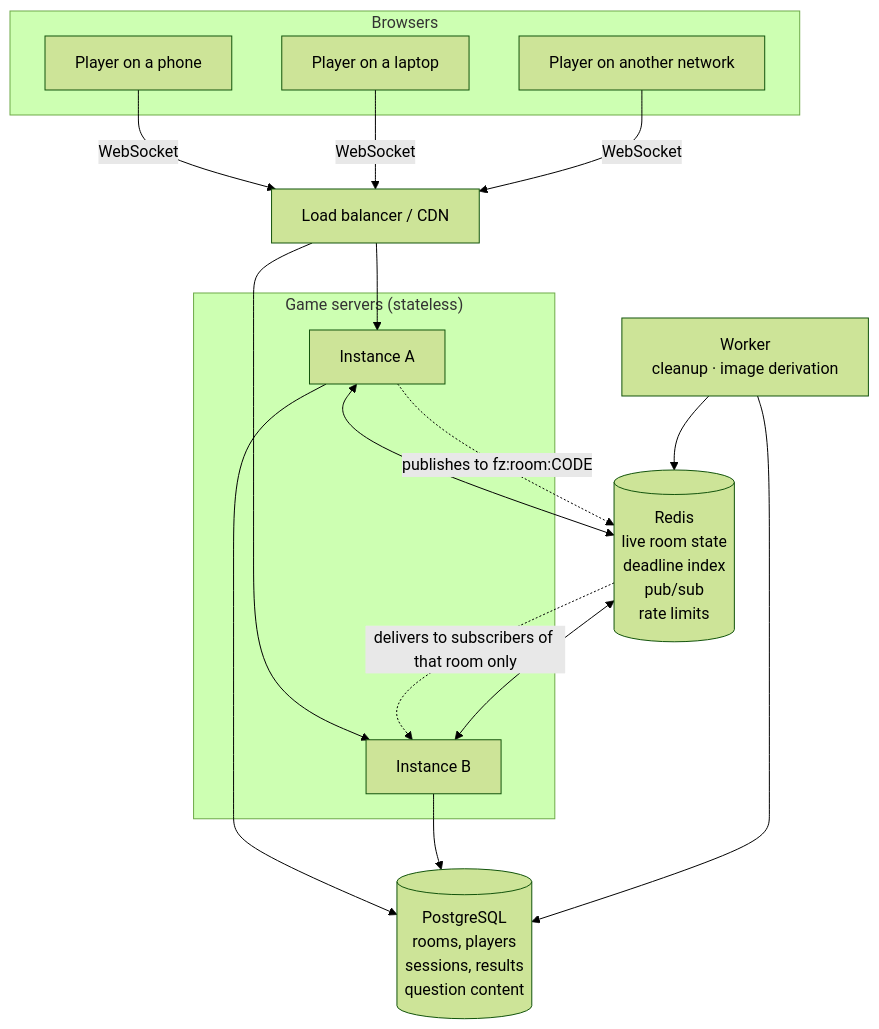
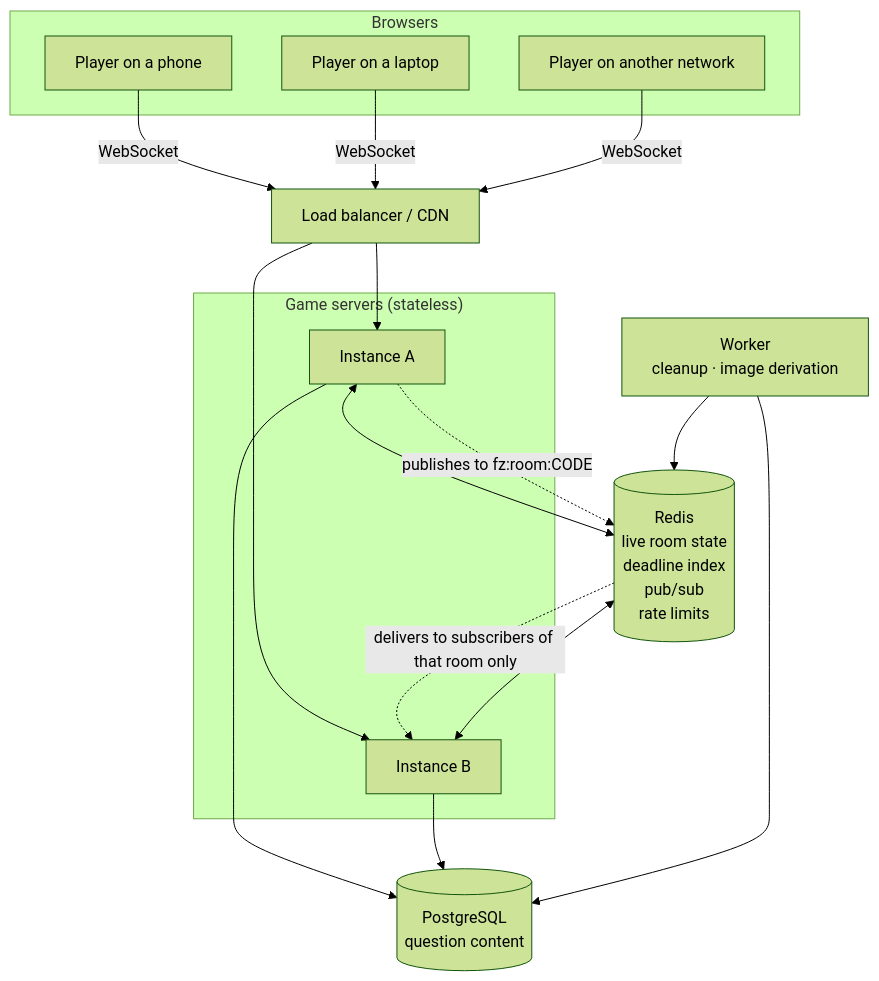
Before and after one commit to ysai258/friendzone: the first of 3 diagrams in docs/architecture.md, drawn with Mermaid (forest theme). The commit also changed other lines of this file and 20 other files, not shown here.

````diff
--- a/docs/architecture.md
+++ b/docs/architecture.md
@@ -10,35 +10,35 @@
 ```mermaid
 graph TB
   subgraph Browsers
     B1[Player on a phone]
     B2[Player on a laptop]
     B3[Player on another network]
   end
 
   LB[Load balancer / CDN]
 
   subgraph Instances["Game servers (stateless)"]
     S1[Instance A]
     S2[Instance B]
   end
 
   R[("Redis<br/>live room state<br/>deadline index<br/>pub/sub<br/>rate limits")]
-  P[("PostgreSQL<br/>rooms, players<br/>sessions, results<br/>question content")]
+  P[("PostgreSQL<br/>question content")]
   W[Worker<br/>cleanup · image derivation]
 
   B1 -- WebSocket --> LB
   B2 -- WebSocket --> LB
   B3 -- WebSocket --> LB
   LB --> S1
   LB --> S2
 
   S1 <--> R
   S2 <--> R
   S1 --> P
   S2 --> P
   W --> R
   W --> P
 
   S1 -. "publishes to fz:room:CODE" .-> R
   R -. "delivers to subscribers of that room only" .-> S2
 ```
````
